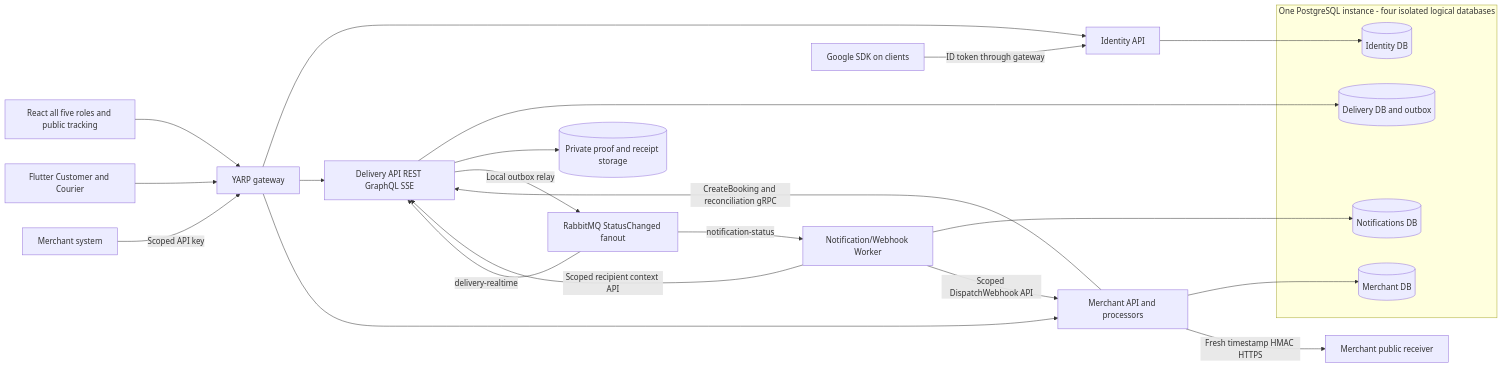
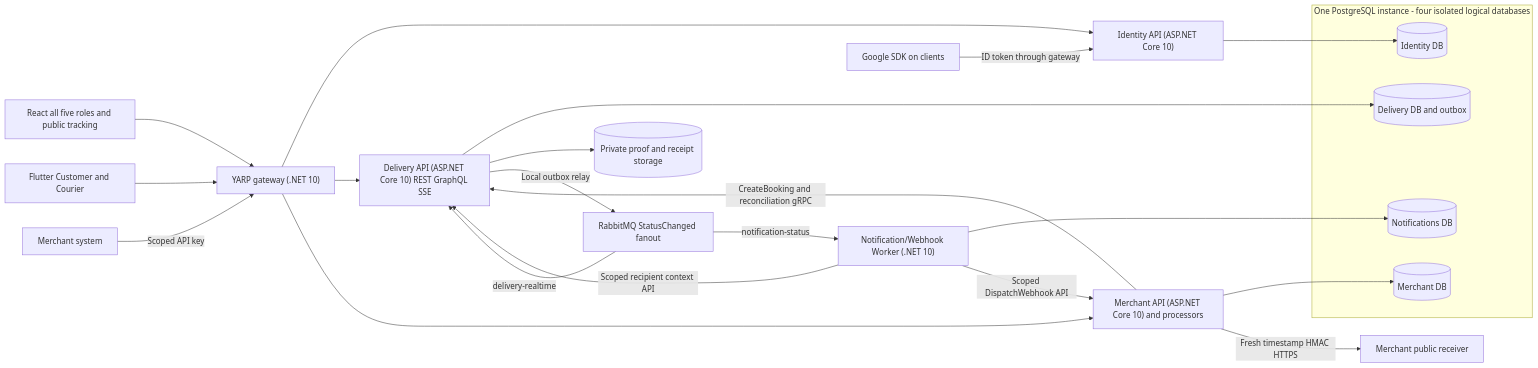
One commit to SwiftDrop-Group09/swiftdrop-docs changed the diagram in design/diagrams/architecture/architecture.md. Above: the diagram before and after it, drawn with Mermaid. The commit also changed other lines of this file and 22 other files, not shown here.

````diff
--- a/design/diagrams/architecture/architecture.md
+++ b/design/diagrams/architecture/architecture.md
@@ -9,28 +9,28 @@
 ```mermaid
 flowchart LR
-    R[React all five roles and public tracking] --> G[YARP gateway]
+    R[React all five roles and public tracking] --> G["YARP gateway (.NET 10)"]
     F[Flutter Customer and Courier] --> G
     S[Merchant system] -->|Scoped API key| G
-    G --> I[Identity API]
-    G --> D[Delivery API REST GraphQL SSE]
-    G --> M[Merchant API and processors]
+    G --> I["Identity API (ASP.NET Core 10)"]
+    G --> D["Delivery API (ASP.NET Core 10) REST GraphQL SSE"]
+    G --> M["Merchant API (ASP.NET Core 10) and processors"]
     I --> IDB[(Identity DB)]
     D --> DDB[(Delivery DB and outbox)]
     M --> MDB[(Merchant DB)]
     M -->|CreateBooking and reconciliation gRPC| D
     D --> O[(Private proof and receipt storage)]
     D -->|Local outbox relay| B[RabbitMQ StatusChanged fanout]
-    B -->|notification-status| W[Notification/Webhook Worker]
+    B -->|notification-status| W["Notification/Webhook Worker (.NET 10)"]
     B -->|delivery-realtime| D
     W --> NDB[(Notifications DB)]
     W -->|Scoped DispatchWebhook API| M
     W -->|Scoped recipient context API| D
     M -->|Fresh timestamp HMAC HTTPS| E[Merchant public receiver]
     C[Google SDK on clients] -->|ID token through gateway| I
     subgraph P[One PostgreSQL instance - four isolated logical databases]
         IDB
         DDB
         MDB
         NDB
     end
 ```
````
